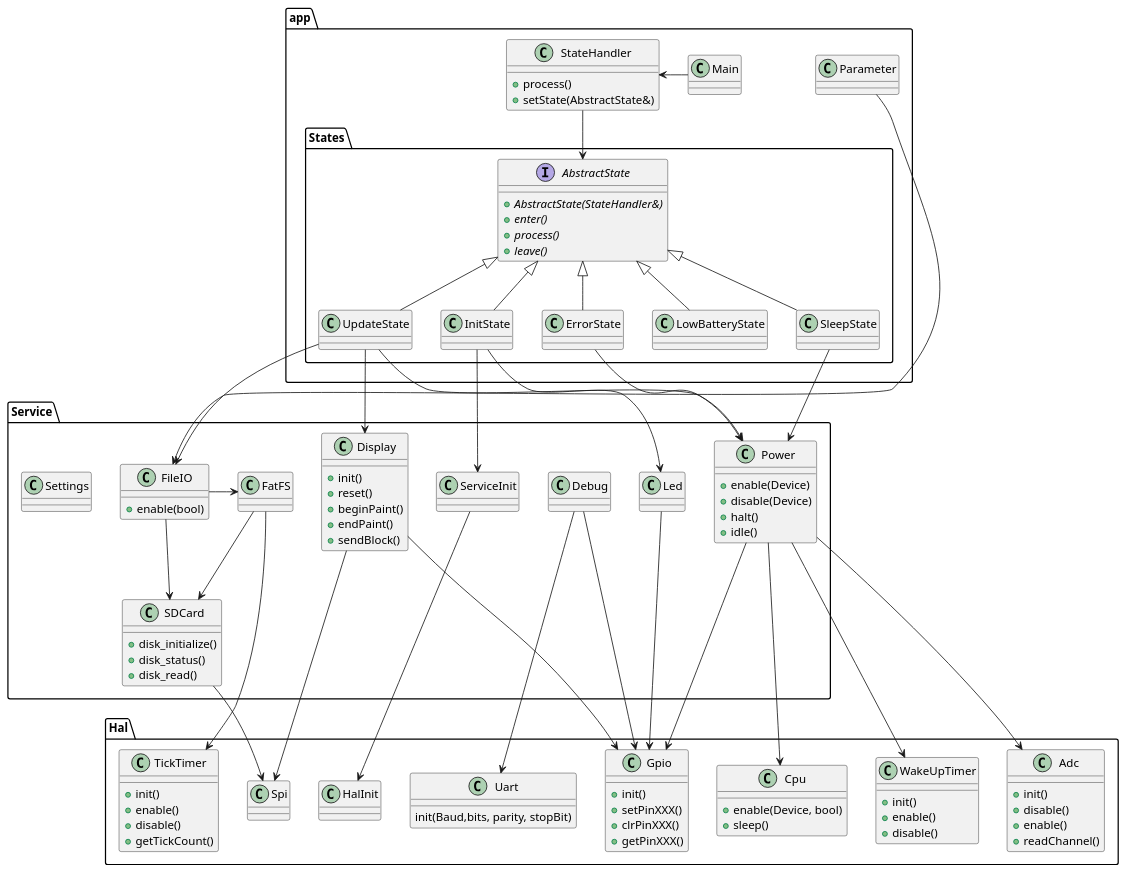
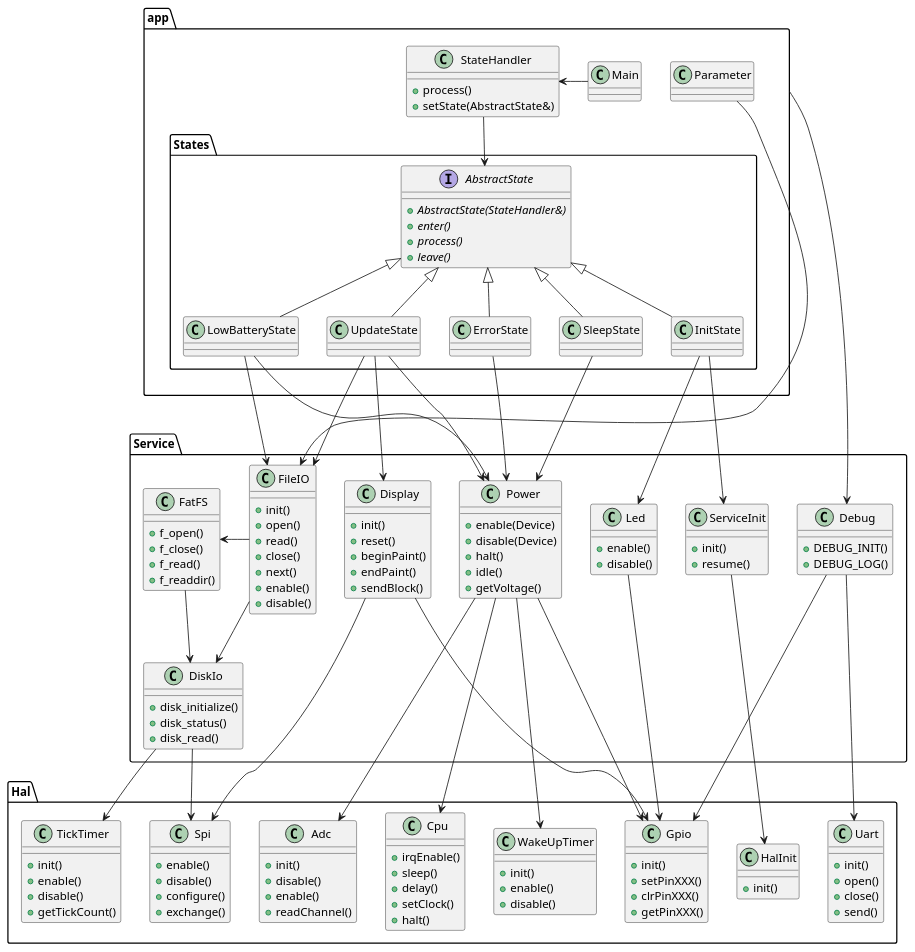
The diagram in design/plantuml/ClassDiagram.plantuml (nhjschulz/EInkPicFrame), drawn with PlantUML before and after one commit. The commit also changed 4 other files, not shown here.

```diff
--- a/design/plantuml/ClassDiagram.plantuml
+++ b/design/plantuml/ClassDiagram.plantuml
@@ -1,149 +1,182 @@
 @startuml ClassDiagram
 
 package app {
 
     class Main {
 
     }
     class StateHandler {
         +process()
         +setState(AbstractState&)
     }
 
     class Parameter {
 
     }
     
     package States {
 
             interface AbstractState {
         {abstract}+AbstractState(StateHandler&)
         {abstract} +enter()
         {abstract} +process()
         {abstract} +leave()
     }
         class SleepState
         class UpdateState
         class InitState
         class ErrorState
         class LowBatteryState
 
         UpdateState -u-|> AbstractState
         SleepState -u-|> AbstractState
         InitState -u-|> AbstractState
         ErrorState -u-|> AbstractState
         LowBatteryState -u-|> AbstractState
     }
 
-    Main -> StateHandler
+    Main -l-> StateHandler
     StateHandler --> AbstractState
 }
 
 package Service {
     class FileIO {
-        +enable(bool)
+        +init()
+        +open()
+        +read()
+        +close()
+        +next()
+        +enable()
+        +disable()
     }
-    class FatFS
+
+    class FatFS {
+        +f_open()
+        +f_close()
+        +f_read()
+        +f_readdir()
+    }
     class ServiceInit {
+        +init()
+        +resume()
       
     }
     class Display {
         +init()
         +reset()
         +beginPaint()
         +endPaint()
         +sendBlock()
     }
-    class SDCard {
+    class DiskIo {
         +disk_initialize()
         +disk_status()
         +disk_read()
     }
 
-    class Debug
+    class Debug {
+        +DEBUG_INIT()
+        +DEBUG_LOG()
+    }
     
     class Led {
-
+        +enable()
+        +disable()
     }
 
     class Power {
         +enable(Device)
         +disable(Device)
         +halt()
         +idle()
-    }
-
-    class Settings {
-
+        +getVoltage()
     }
 
 }
 
 package Hal {
 
-    class Spi 
+    class Spi {
+        +enable()
+        +disable()
+        +configure()
+        +exchange()
+    }
+
     class Uart {
-        init(Baud,bits, parity, stopBit)
-
+        +init()
+        +open()
+        +close()
+        +send()
     }
     
-    class HalInit
+    class HalInit {
+        +init()
+    }
+
     class Cpu {
-        +enable(Device, bool)
+        +irqEnable()
         +sleep()
+        +delay()
+        +setClock()
+        +halt()
     }
     class Gpio {
         +init()
         +setPinXXX()
         +clrPinXXX()
         +getPinXXX()
     }
 
     class TickTimer {
         +init()
         +enable()
         +disable()
         +getTickCount()
     }
     
     class WakeUpTimer {
         +init()
         +enable()
         +disable()
     }
 
     class Adc {
         +init()
         +disable()
         +enable()
         +readChannel()
     }
 }
-Parameter -> FileIO
 InitState --> ServiceInit
 InitState --> Led
-ServiceInit --> HalInit
-UpdateState --> FileIO
-UpdateState --> Display
+ServiceInit -> HalInit
+UpdateState -> FileIO
+UpdateState -> Display
 SleepState --> Power
 ErrorState --> Power
 UpdateState --> Power
-
+LowBatteryState --> Power
+LowBatteryState ---> FileIO
+app --> Debug
 
 FileIO ->FatFS
-FatFS --> SDCard
-FileIO --> SDCard
+FatFS -d-> DiskIo
+FileIO -> DiskIo
 
-Debug --> Uart
+Debug -> Uart
 Debug --> Gpio
-SDCard --> Spi
+DiskIo --> Spi
 Display --> Spi
 Display --> Gpio
 Power --> Cpu
 Power --> WakeUpTimer
-Power --> Gpio
+Power -> Gpio
 Power ---> Adc
-FatFS --> TickTimer
+DiskIo --> TickTimer
 Led --> Gpio
 
+Parameter --> FileIO
+
+
 @enduml
```
